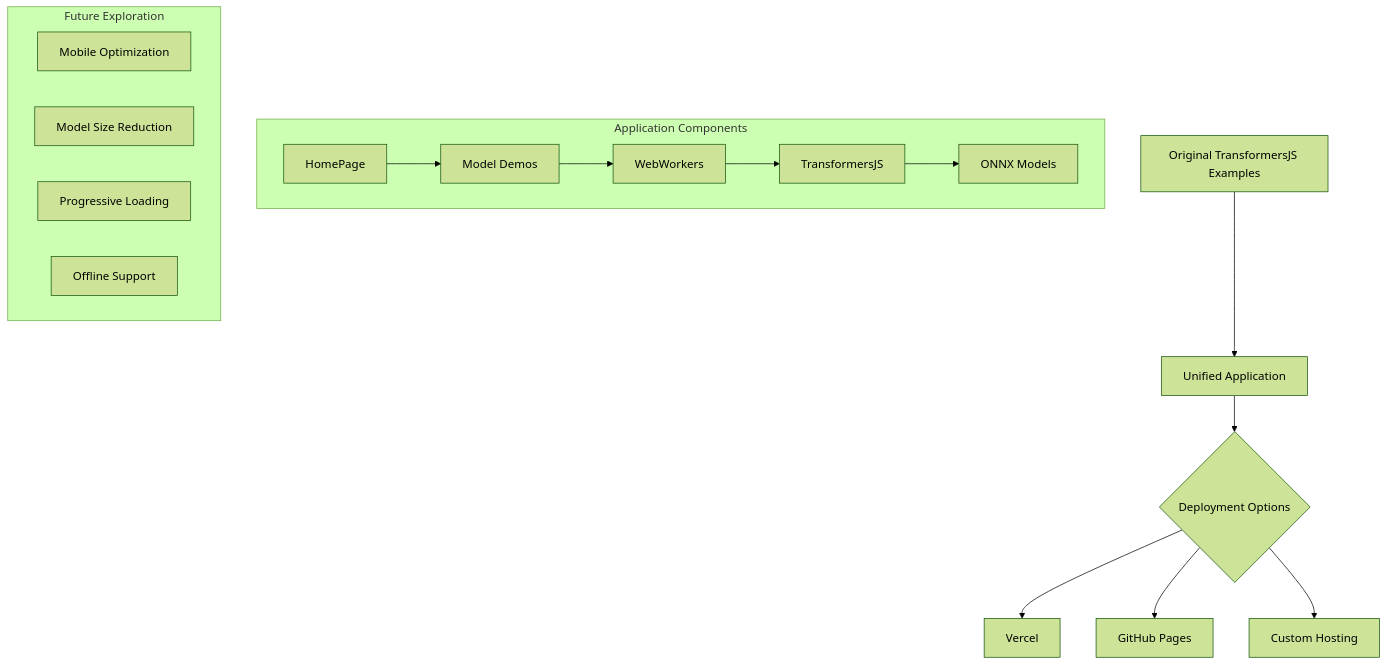
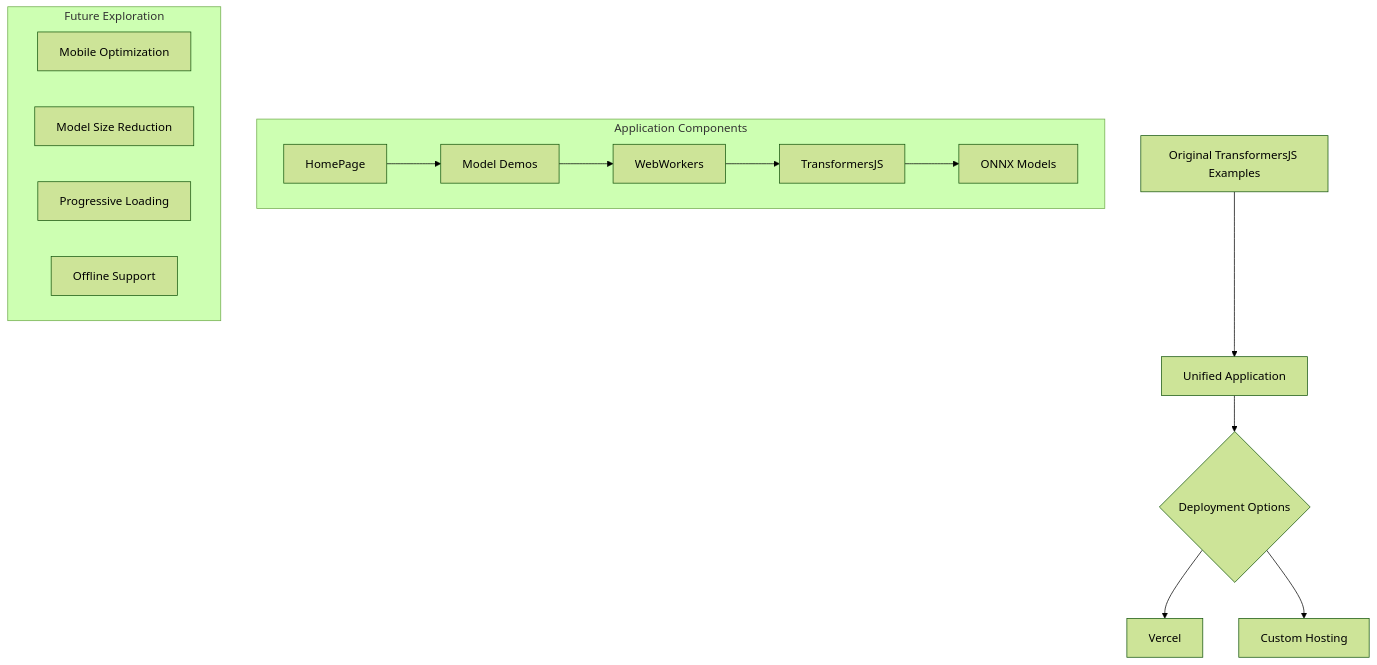
The diagram in README.md (donbr/transformersjs-examples), drawn with Mermaid (forest theme) before and after one commit. The commit also changed other lines of this file and 8 other files, not shown here.

````diff
--- a/README.md
+++ b/README.md
@@ -117,22 +121,21 @@
 ```mermaid
 graph TD
     A[Original TransformersJS Examples] --> B[Unified Application]
     B --> C{Deployment Options}
     C --> D[Vercel]
-    C --> E[GitHub Pages]
     C --> F[Custom Hosting]
     
     subgraph "Application Components"
     G[HomePage] --> H[Model Demos]
     H --> I[WebWorkers]
     I --> J[TransformersJS]
     J --> K[ONNX Models]
     end
     
     subgraph "Future Exploration"
     L[Mobile Optimization]
     M[Model Size Reduction]
     N[Progressive Loading]
     O[Offline Support]
     end
 ```
````
